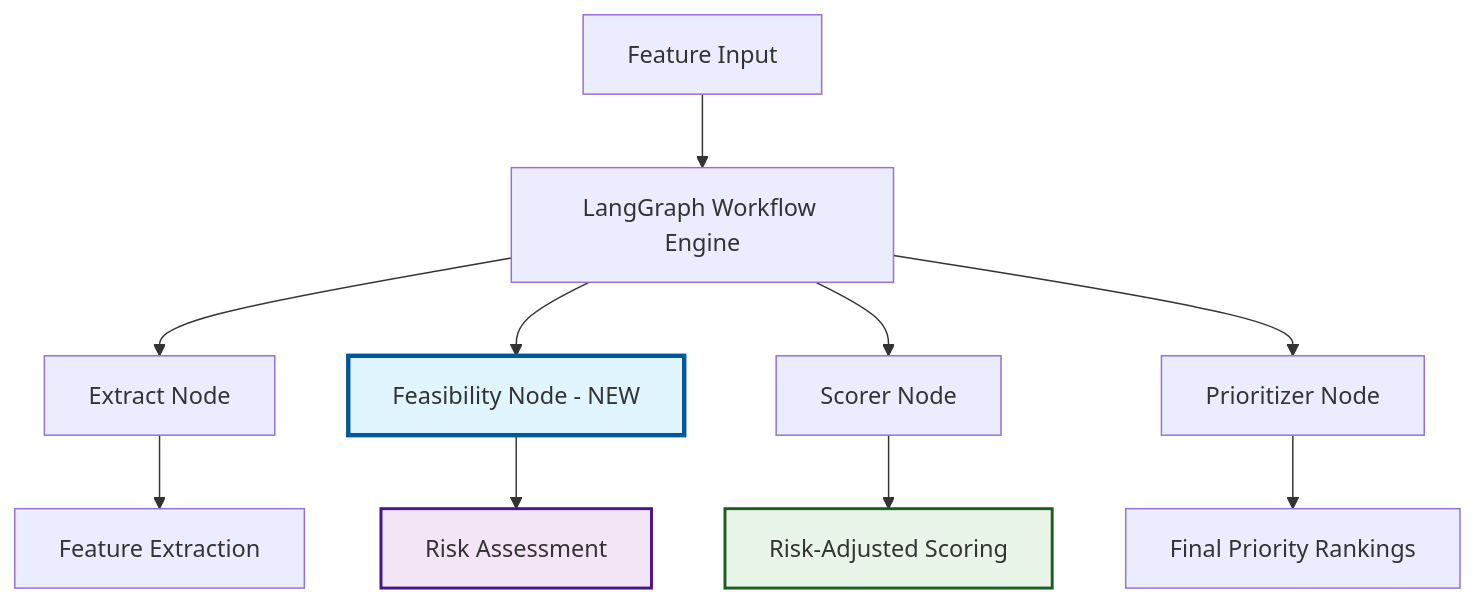
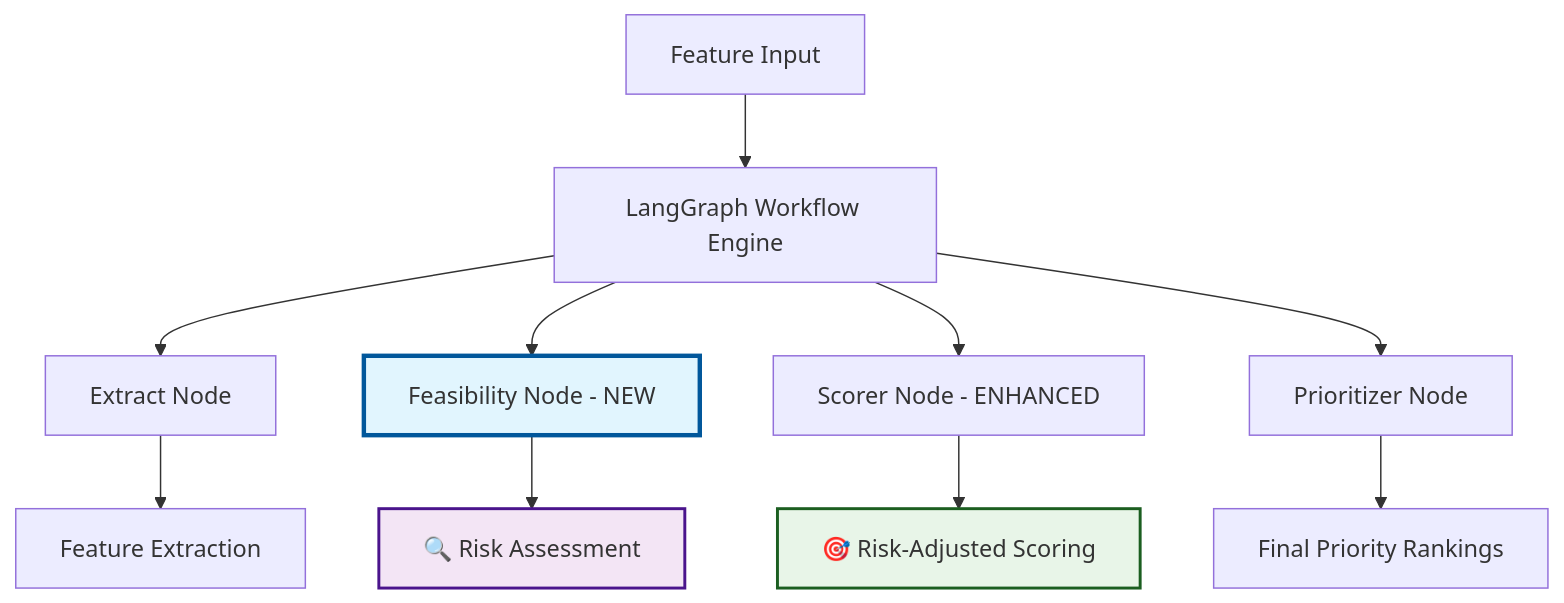
The second of 2 diagrams in feature_prioritizer/TPM_Activity.md (nmansur0ct/Agents), drawn with Mermaid before and after one commit. The commit also changed other lines of this file, not shown here.

````diff
--- a/feature_prioritizer/TPM_Activity.md
+++ b/feature_prioritizer/TPM_Activity.md
@@ -25,17 +52,17 @@
 ```mermaid
 graph TD
     A[Feature Input] --> B[LangGraph Workflow Engine]
     B --> C[Extract Node]
     B --> D[Feasibility Node - NEW]
-    B --> E[Scorer Node]
+    B --> E[Scorer Node - ENHANCED]
     B --> F[Prioritizer Node]
     
     C --> G[Feature Extraction]
-    D --> H[Risk Assessment]
-    E --> I[Risk-Adjusted Scoring]
+    D --> H[🔍 Risk Assessment]
+    E --> I[🎯 Risk-Adjusted Scoring]
     F --> J[Final Priority Rankings]
     
     style D fill:#e1f5fe,stroke:#01579b,stroke-width:3px
     style H fill:#f3e5f5,stroke:#4a148c,stroke-width:2px
     style I fill:#e8f5e8,stroke:#1b5e20,stroke-width:2px
 ```
````
